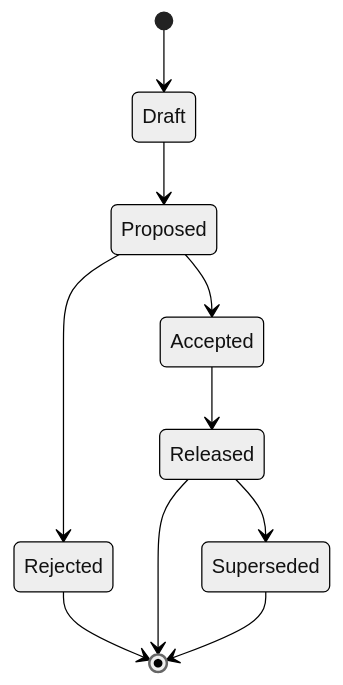
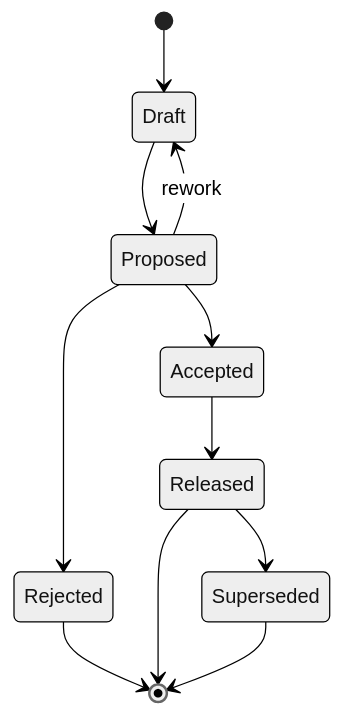
Before and after one commit to kieranpotts/standards: the diagram in src/001/10-proposal-lifecycle.adoc, drawn with Mermaid (neutral theme). The commit also changed other lines of this file, not shown here.

```diff
--- a/src/001/10-proposal-lifecycle.adoc
+++ b/src/001/10-proposal-lifecycle.adoc
@@ -57,13 +42,14 @@
 [mermaid]
 ....
 stateDiagram-v2
   [*] --> Draft
   Draft --> Proposed
+  Proposed --> Draft: rework
   Proposed --> Accepted
   Proposed --> Rejected
   Accepted --> Released
   Released --> Superseded
   Rejected --> [*]
   Released --> [*]
   Superseded --> [*]
 ....
```
